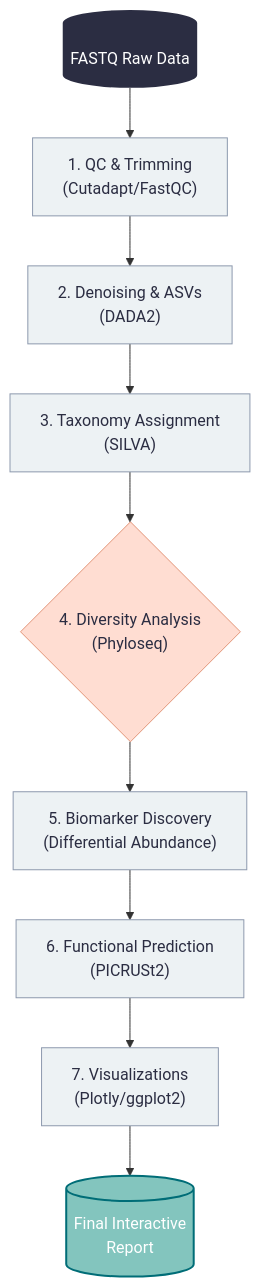
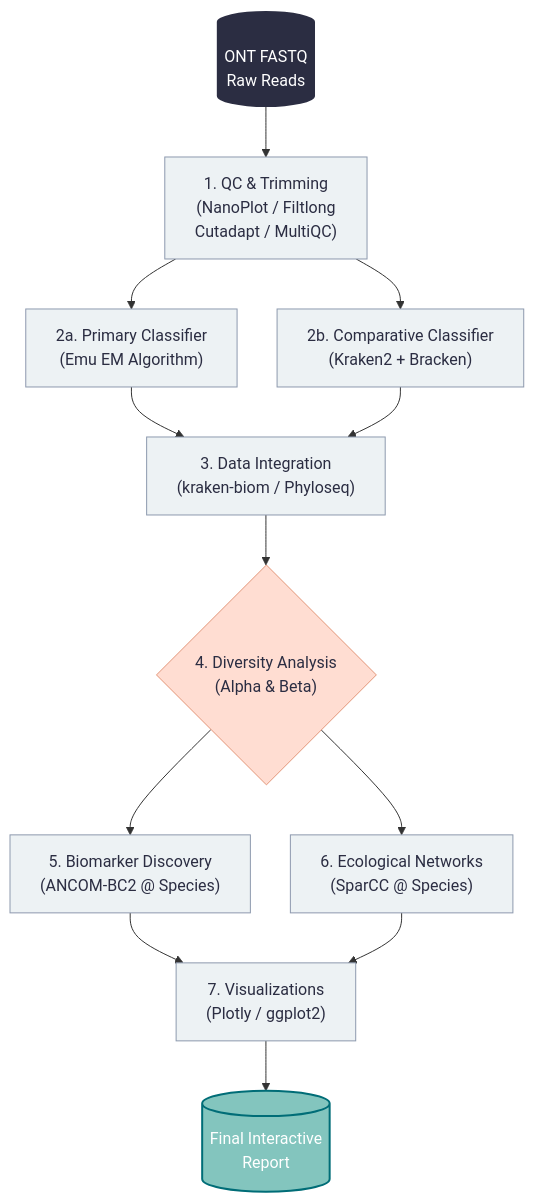
Before and after one commit to huyha1314/suran_16S: the diagram in 7.rp.qmd, drawn with Mermaid. The commit also changed other lines of this file and 58 other files, not shown here.

````diff
--- a/7.rp.qmd
+++ b/7.rp.qmd
@@ -101,28 +106,29 @@
 ```{mermaid}
 %%{init: {'themeVariables': { 'fontSize': '16px'}, 'flowchart': {'nodeSpacing': 40, 'rankSpacing': 50}}}%%
 flowchart TD
     %% Nodes
-    A[("FASTQ Raw Data")] 
-    B["1. QC & Trimming<br/>(Cutadapt/FastQC)"]
-    C["2. Denoising & ASVs<br/>(DADA2)"]
-    D["3. Taxonomy Assignment<br/>(SILVA)"]
-    E{"4. Diversity Analysis<br/>(Phyloseq)"}
-    F["5. Biomarker Discovery<br/>(Differential Abundance)"]
-    G["6. Functional Prediction<br/>(PICRUSt2)"]
-    H["7. Visualizations<br/>(Plotly/ggplot2)"]
+    A[("ONT FASTQ\nRaw Reads")]
+    B["1. QC & Trimming<br/>(NanoPlot / Filtlong<br/>Cutadapt / MultiQC)"]
+    C1["2a. Primary Classifier<br/>(Emu EM Algorithm)"]
+    C2["2b. Comparative Classifier<br/>(Kraken2 + Bracken)"]
+    D["3. Data Integration<br/>(kraken-biom / Phyloseq)"]
+    E{"4. Diversity Analysis<br/>(Alpha & Beta)"}
+    F["5. Biomarker Discovery<br/>(ANCOM-BC2 @ Species)"]
+    G["6. Ecological Networks<br/>(SparCC @ Species)"]
+    H["7. Visualizations<br/>(Plotly / ggplot2)"]
     I[("Final Interactive<br/>Report")]
 
     %% Connections
-    A --> B --> C --> D --> E --> F --> G --> H --> I
+    A --> B --> C1 & C2 --> D --> E --> F & G --> H --> I
 
     %% Styling
     classDef input fill:#2b2d42,color:#fff,stroke:none
     classDef process fill:#edf2f4,stroke:#8d99ae,color:#2b2d42
     classDef check fill:#ffddd2,stroke:#e29578,color:#2b2d42
     classDef output fill:#83c5be,stroke:#006d77,color:#fff,stroke-width:2px
 
     class A input
-    class B,C,D,F,G,H process
+    class B,C1,C2,D,F,G,H process
     class E check
     class I output
 ```
````
